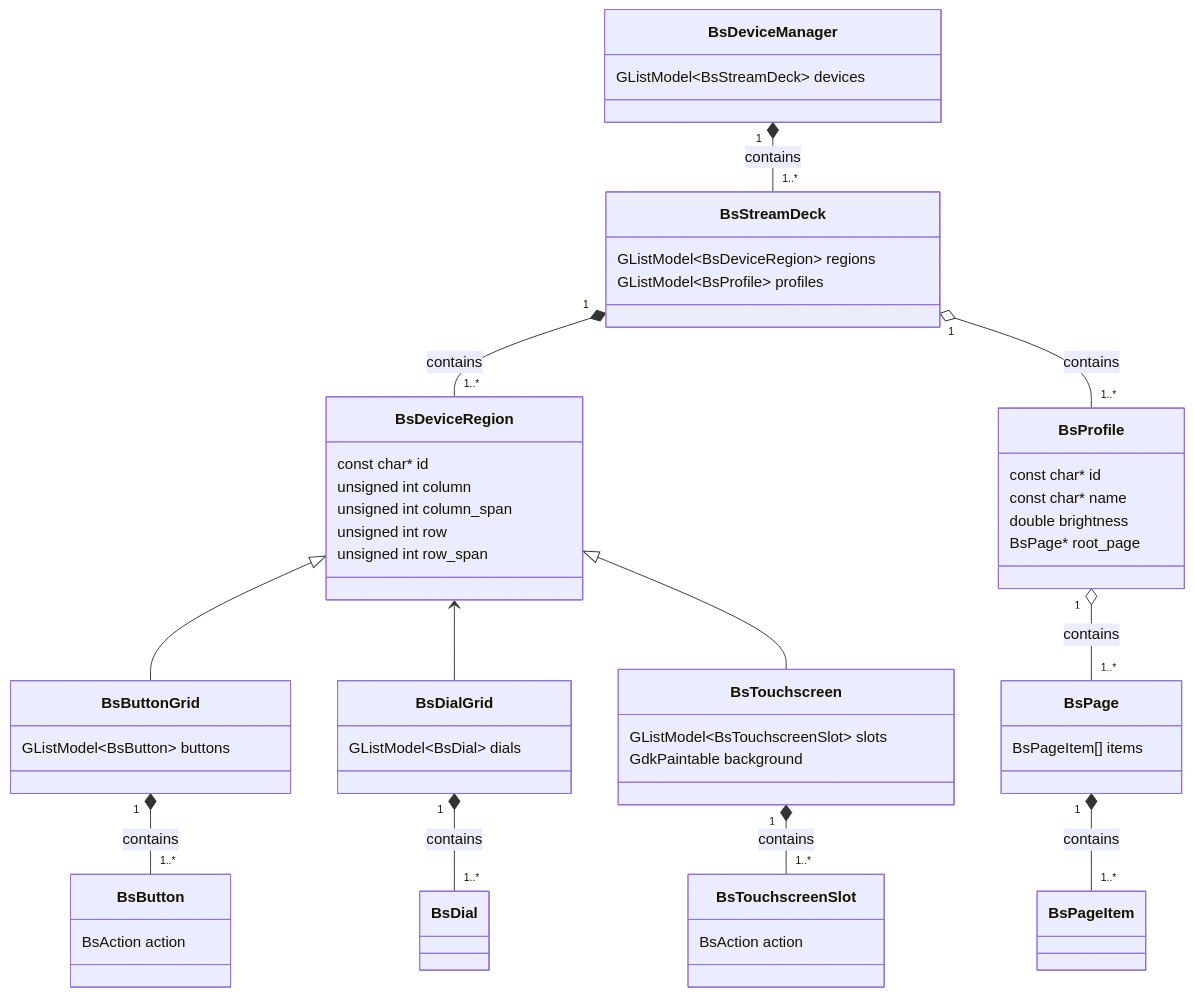
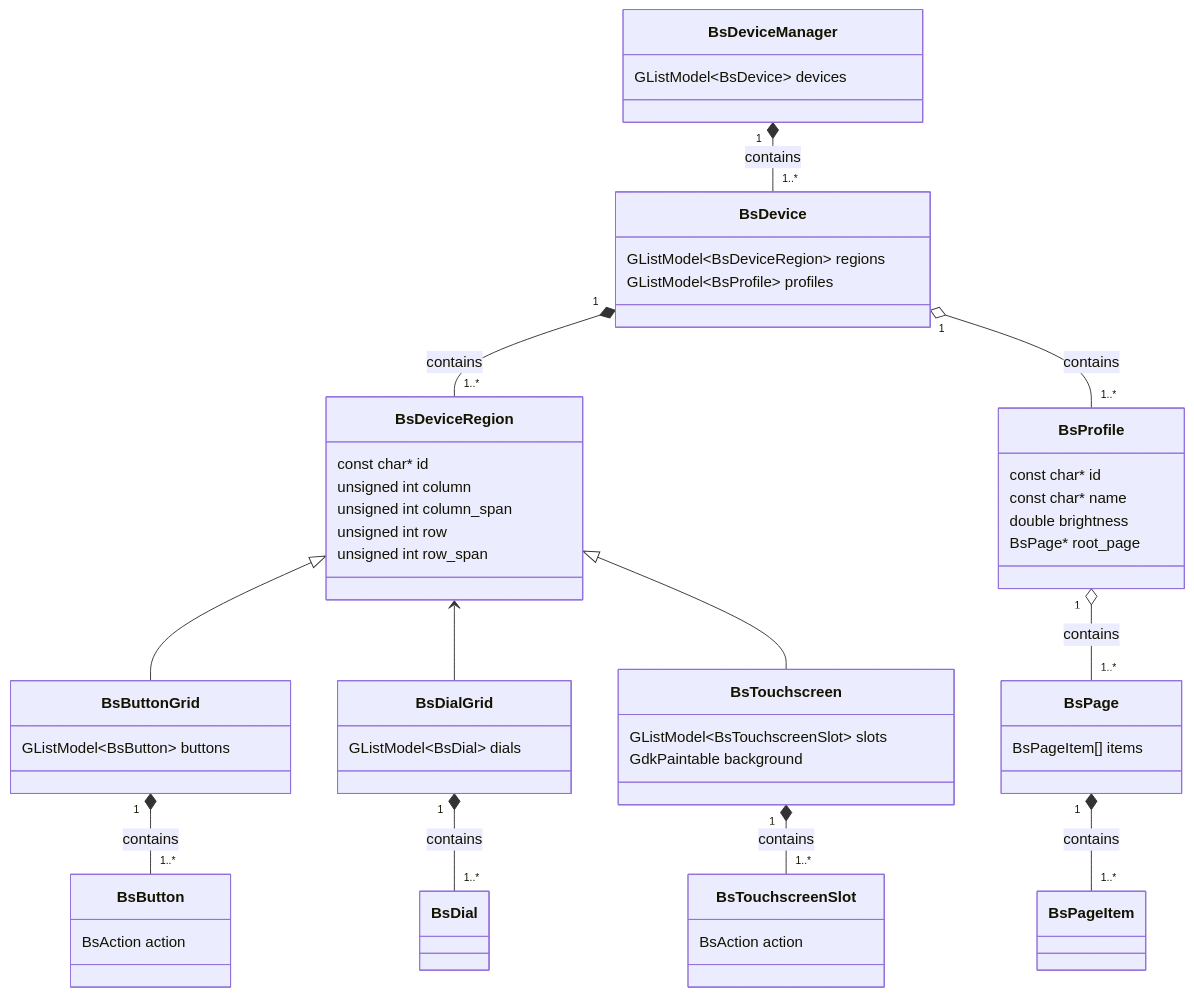
One commit to ruby-gtk-project/Boatswain-rb changed the diagram in doc/class-diagram.md. Above: the diagram before and after it, drawn with Mermaid. The commit also changed 41 other files, not shown here.

Commit message:
BsStreamDeck → BsDevice

````diff
--- a/doc/class-diagram.md
+++ b/doc/class-diagram.md
@@ -2,72 +2,72 @@
 ```mermaid
 
 classDiagram
     
     class BsDeviceManager {
-        GListModel~BsStreamDeck~ devices
+        GListModel~BsDevice~ devices
     }
 
-        class BsStreamDeck {
+        class BsDevice {
             GListModel~BsDeviceRegion~ regions
             GListModel~BsProfile~ profiles
         }
-        BsDeviceManager "1" *-- "1..*" BsStreamDeck : contains
+        BsDeviceManager "1" *-- "1..*" BsDevice : contains
 
             class BsDeviceRegion {
                 const char* id
                 unsigned int column
                 unsigned int column_span
                 unsigned int row
                 unsigned int row_span
             }
-            BsStreamDeck "1" *-- "1..*" BsDeviceRegion : contains
+            BsDevice "1" *-- "1..*" BsDeviceRegion : contains
 
                 class BsButtonGrid {
                     GListModel~BsButton~ buttons
                 }
                 BsDeviceRegion <|-- BsButtonGrid
 
                     class BsButton {
                         BsAction action
                     }
                     BsButtonGrid "1" *-- "1..*" BsButton : contains
 
                 class BsDialGrid {
                     GListModel~BsDial~ dials
                 }
                 BsDeviceRegion <-- BsDialGrid
 
                     class BsDial {
                     }
                     BsDialGrid "1" *-- "1..*" BsDial : contains
 
                 BsDeviceRegion <|-- BsTouchscreen
 
                 class BsTouchscreen {
                     GListModel~BsTouchscreenSlot~ slots
                     GdkPaintable background
                 }
 
                     class BsTouchscreenSlot {
                         BsAction action
                     }
                     BsTouchscreen "1" *-- "1..*" BsTouchscreenSlot : contains
 
 
             class BsProfile {
                 const char* id
                 const char* name
                 double brightness
                 BsPage* root_page
             }
-            BsStreamDeck "1" o-- "1..*" BsProfile : contains
+            BsDevice "1" o-- "1..*" BsProfile : contains
 
             class BsPage {
                 BsPageItem[] items
             }
             BsProfile "1" o-- "1..*" BsPage : contains
 
                 class BsPageItem {
                 }
                 BsPage "1" *-- "1..*" BsPageItem : contains
 ```
````
